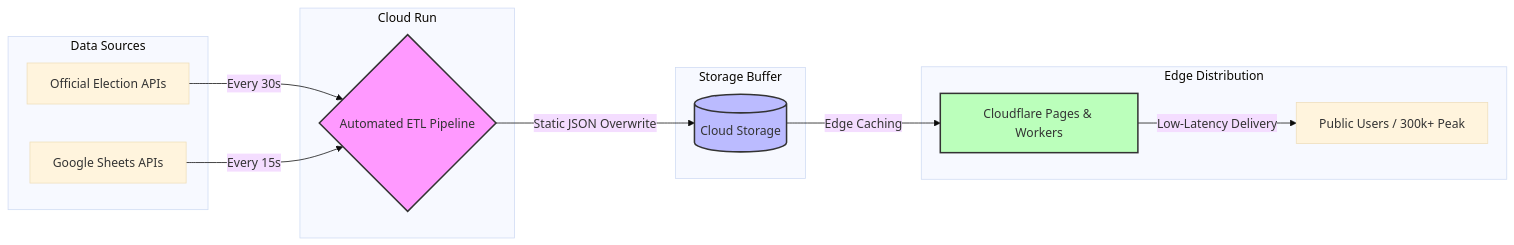
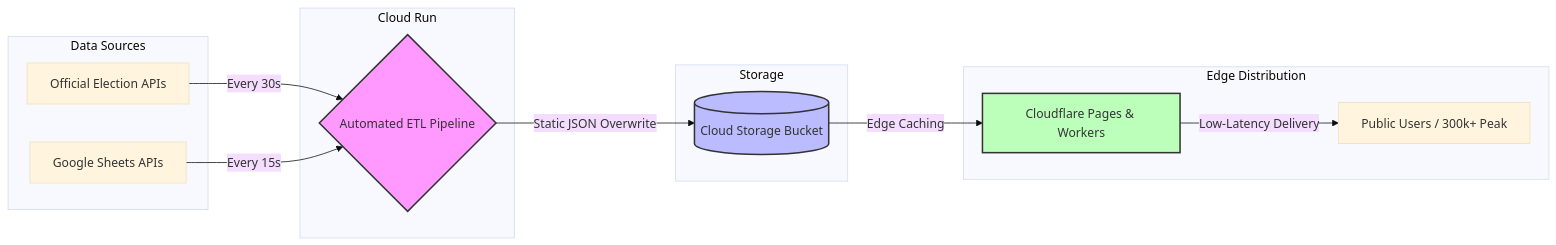
The diagram in election-pipeline/README.md (BenrueyaKamkongsak/data-engineering-portfolio), drawn with Mermaid (base theme) before and after one commit.

````diff
--- a/election-pipeline/README.md
+++ b/election-pipeline/README.md
@@ -32,30 +32,30 @@
 ```mermaid
 graph LR
     subgraph Data Sources
         A[Official Election APIs]
         B[Google Sheets APIs]
     end
 
     subgraph Processing Layer [Cloud Run]
         C{Automated ETL Pipeline}
     end
 
-    subgraph Storage Buffer
-        D[(Cloud Storage)]
+    subgraph Storage
+        D[(Cloud Storage Bucket)]
     end
 
     subgraph Edge Distribution
         E[Cloudflare Pages & Workers]
         F[Public Users / 300k+ Peak]
     end
 
     A -->|Every 30s| C
     B -->|Every 15s| C
     C -->|Static JSON Overwrite| D
     D -->|Edge Caching| E
     E -->|Low-Latency Delivery| F
 
     style C fill:#f9f,stroke:#333,stroke-width:2px
     style D fill:#bbf,stroke:#333,stroke-width:2px
     style E fill:#bfb,stroke:#333,stroke-width:2px
 ```
````
